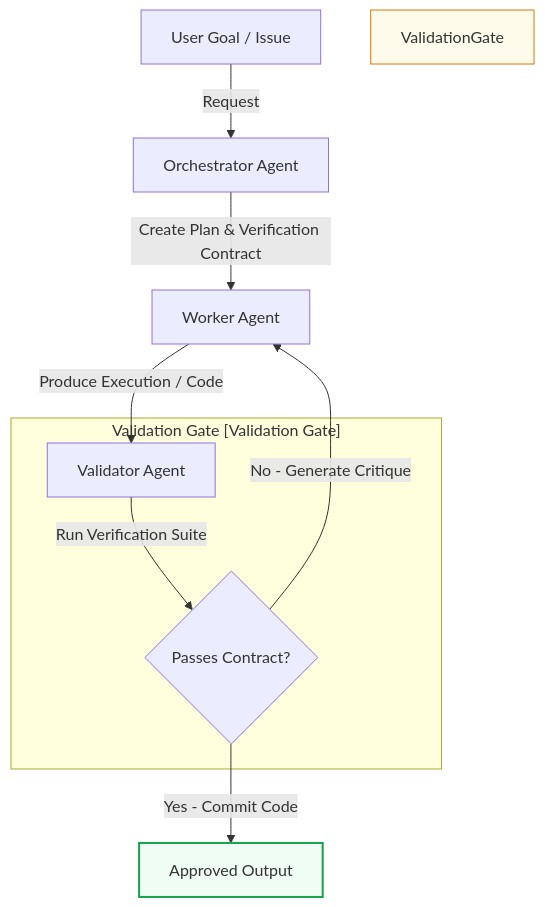
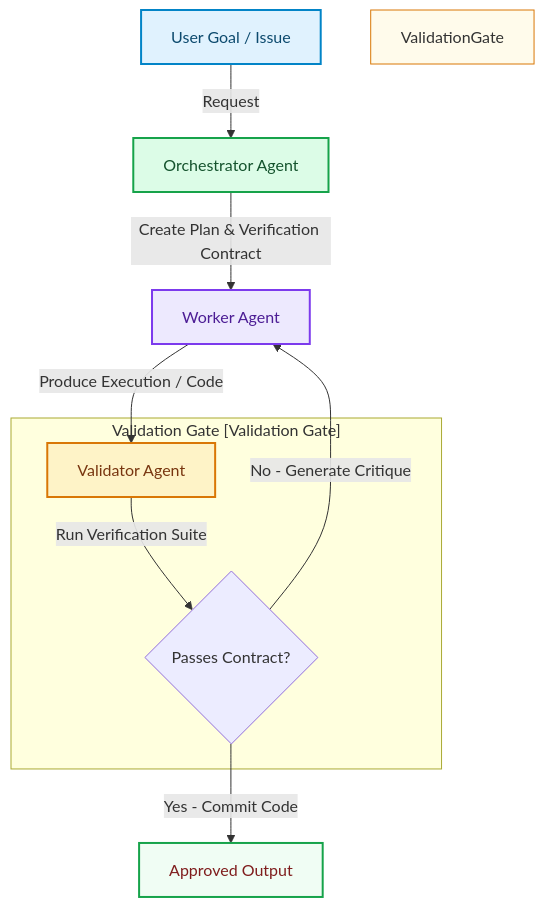
The diagram in blog/posts/orchestrator-worker-validator-architecture.md (akmalkhaniub/akmalkhaniub.github.io), drawn with Mermaid before and after one commit. The commit also changed other lines of this file and 1291 other files, not shown here.

First line of the commit message:
feat(catalog): unique covers, scholarly references, and diagram palettes

````diff
--- a/blog/posts/orchestrator-worker-validator-architecture.md
+++ b/blog/posts/orchestrator-worker-validator-architecture.md
@@ -23,16 +23,27 @@
 ```mermaid
 flowchart TD
-    UserReq[User Goal / Issue] -->|Request| Orch[Orchestrator Agent]
-    Orch -->|Create Plan & Verification Contract| Worker[Worker Agent]
-    Worker -->|Produce Execution / Code| Val[Validator Agent]
+    UserReq["User Goal / Issue"] -->|Request| Orch["Orchestrator Agent"]
+    Orch -->|Create Plan & Verification Contract| Worker["Worker Agent"]
+    Worker -->|Produce Execution / Code| Val["Validator Agent"]
     
     subgraph SG1_ValidationGateValidation ["Validation Gate [Validation Gate]"]
         Val -->|Run Verification Suite| VerifyCheck{Passes Contract?}
     end
     
     VerifyCheck -->|No - Generate Critique| Worker
-    VerifyCheck -->|Yes - Commit Code| Finish[Approved Output]
+    VerifyCheck -->|Yes - Commit Code| Finish["Approved Output"]
 
     style ValidationGate fill:#fffbeb,stroke:#d97706,stroke-width:1px
     style Finish fill:#f0fdf4,stroke:#16a34a,stroke-width:2px
+
+classDef green fill:#dcfce7,stroke:#16a34a,stroke-width:2px,color:#14532d;
+classDef red fill:#fee2e2,stroke:#dc2626,stroke-width:2px,color:#7f1d1d;
+classDef blue fill:#e0f2fe,stroke:#0284c7,stroke-width:2px,color:#0c4a6e;
+classDef yellow fill:#fef3c7,stroke:#d97706,stroke-width:2px,color:#78350f;
+classDef purple fill:#ede9fe,stroke:#7c3aed,stroke-width:2px,color:#4c1d95;
+class UserReq blue
+class Orch green
+class Worker purple
+class Val yellow
+class Finish red
 ```
````
